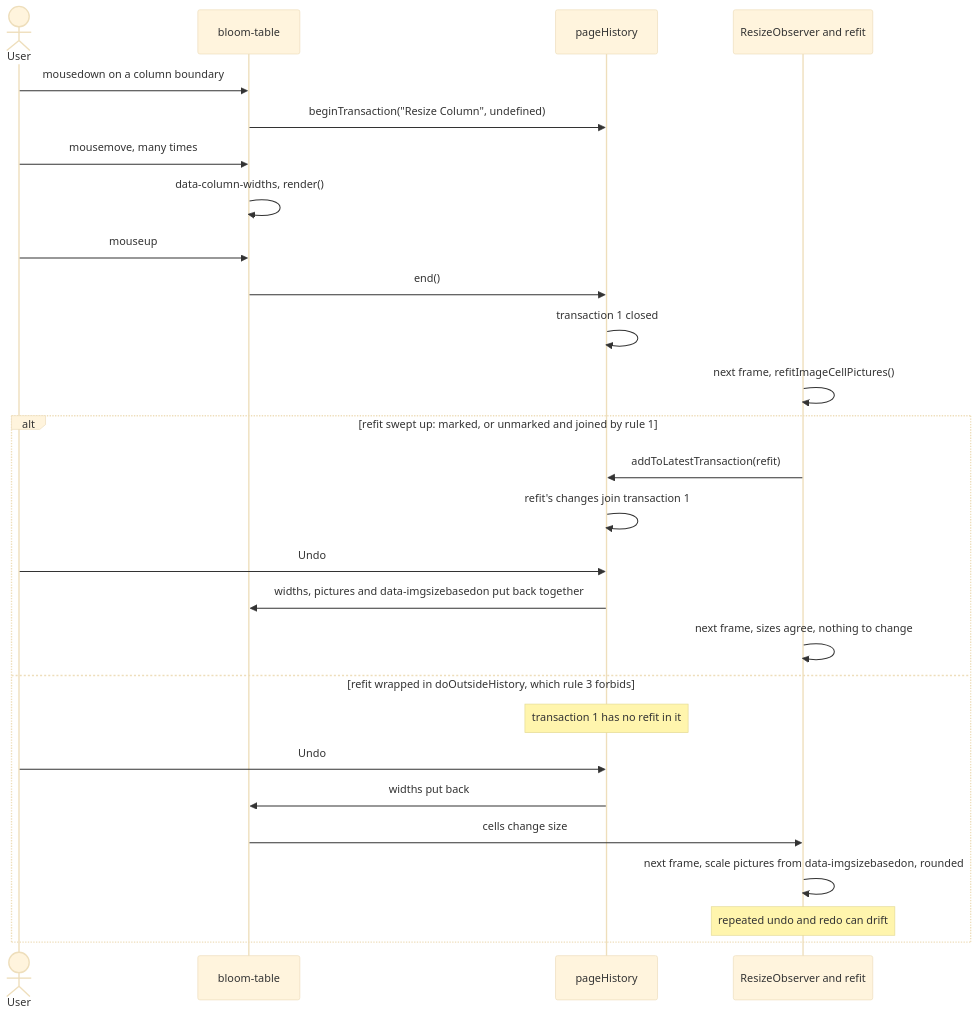
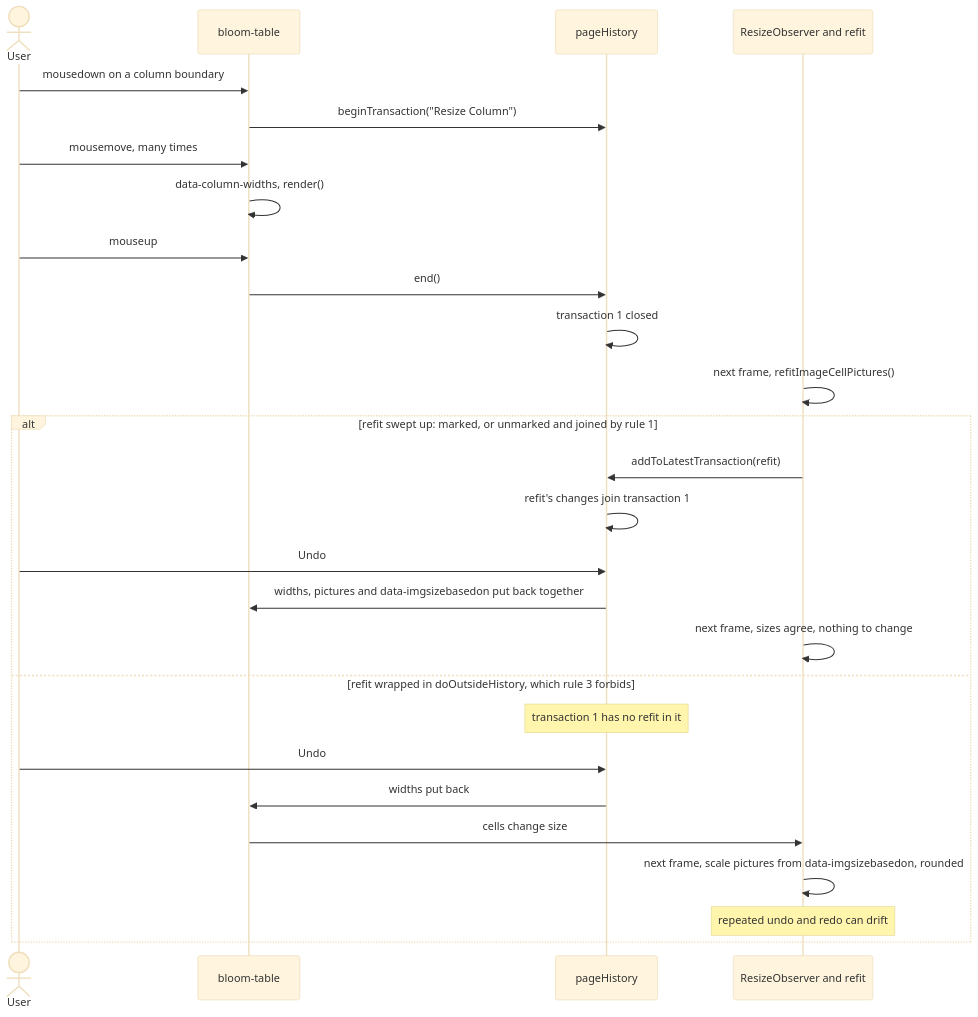
Before and after one commit to BloomBooks/BloomDesktop: the sixth of 10 diagrams in docs/undo/APPROACHES.md, drawn with Mermaid (base theme). The commit also changed other lines of this file and 11 other files, not shown here.

````diff
--- a/docs/undo/APPROACHES.md
+++ b/docs/undo/APPROACHES.md
@@ -1425,29 +1425,29 @@
 ```mermaid
 sequenceDiagram
   actor User
   participant Table as bloom-table
   participant Hist as pageHistory
   participant Refit as ResizeObserver and refit
   User->>Table: mousedown on a column boundary
-  Table->>Hist: beginTransaction("Resize Column", undefined)
+  Table->>Hist: beginTransaction("Resize Column")
   User->>Table: mousemove, many times
   Table->>Table: data-column-widths, render()
   User->>Table: mouseup
   Table->>Hist: end()
   Hist->>Hist: transaction 1 closed
   Refit->>Refit: next frame, refitImageCellPictures()
   alt refit swept up: marked, or unmarked and joined by rule 1
     Refit->>Hist: addToLatestTransaction(refit)
     Hist->>Hist: refit's changes join transaction 1
     User->>Hist: Undo
     Hist->>Table: widths, pictures and data-imgsizebasedon put back together
     Refit->>Refit: next frame, sizes agree, nothing to change
   else refit wrapped in doOutsideHistory, which rule 3 forbids
     Note over Hist: transaction 1 has no refit in it
     User->>Hist: Undo
     Hist->>Table: widths put back
     Table->>Refit: cells change size
     Refit->>Refit: next frame, scale pictures from data-imgsizebasedon, rounded
     Note over Refit: repeated undo and redo can drift
   end
 ```
````
